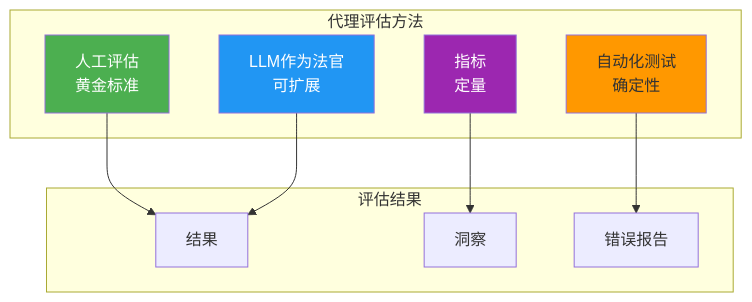
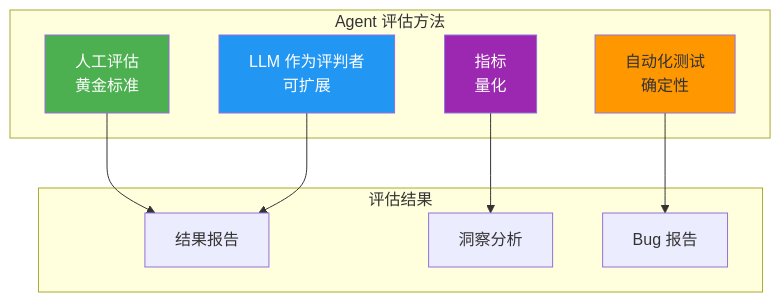
Before and after one commit to YiWang24/AiDIY: the first of 3 diagrams in i18n/zh-Hans/docusaurus-plugin-content-docs/current/ai/agents/engineering.mdx, drawn with Mermaid. The commit also changed other lines of this file and 59 other files, not shown here.

````diff
--- a/i18n/zh-Hans/docusaurus-plugin-content-docs/current/ai/agents/engineering.mdx
+++ b/i18n/zh-Hans/docusaurus-plugin-content-docs/current/ai/agents/engineering.mdx
@@ -20,25 +20,25 @@
 ```mermaid
 flowchart TB
-    subgraph Evaluation["代理评估方法"]
+    subgraph Evaluation["Agent 评估方法"]
         H[人工评估<br/>黄金标准]
-        L[LLM作为法官<br/>可扩展]
+        L[LLM 作为评判者<br/>可扩展]
         A[自动化测试<br/>确定性]
-        M[指标<br/>定量]
+        M[指标<br/>量化]
     end
 
     subgraph Outcomes["评估结果"]
-        R[结果]
-        I[洞察]
-        B[错误报告]
+        R[结果报告]
+        I[洞察分析]
+        B[Bug 报告]
     end
 
     H --> R
     L --> R
     A --> B
     M --> I
 
     style H fill:#4caf50,color:#fff
     style L fill:#2196f3,color:#fff
     style A fill:#ff9800
     style M fill:#9c27b0,color:#fff
 ```
````
